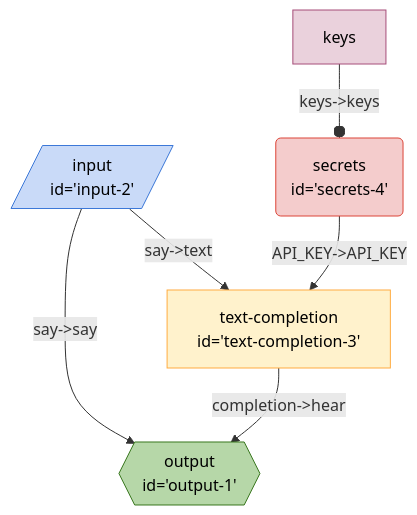
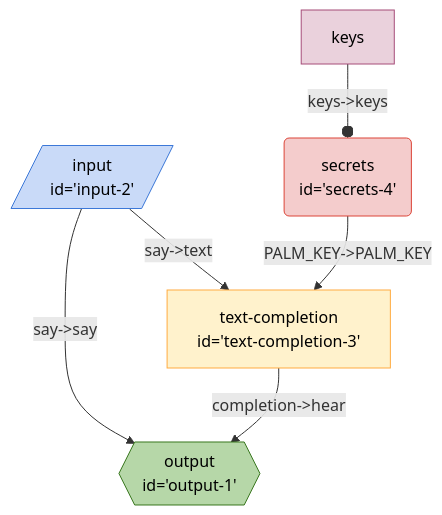
Before and after one commit to breadboard-ai/breadboard: the diagram in seeds/breadboard/docs/tutorial/README.md, drawn with Mermaid. The commit also changed other lines of this file and 72 other files, not shown here.

Commit message:
Rename API_KEY to PALM_KEY. Fixes #72.

````diff
--- a/seeds/breadboard/docs/tutorial/README.md
+++ b/seeds/breadboard/docs/tutorial/README.md
@@ -305,25 +305,25 @@
 ```mermaid
 %%{init: 'themeVariables': { 'fontFamily': 'Fira Code, monospace' }}%%
 graph TD;
 input2[/"input
 id='input-2'"/]:::input -- "say->say" --> output1{{"output
 id='output-1'"}}:::output
 textcompletion3["text-completion
 id='text-completion-3'"] -- "completion->hear" --> output1{{"output
 id='output-1'"}}:::output
 secrets4("secrets
-id='secrets-4'"):::secrets -- "API_KEY->API_KEY" --> textcompletion3["text-completion
+id='secrets-4'"):::secrets -- "PALM_KEY->PALM_KEY" --> textcompletion3["text-completion
 id='text-completion-3'"]
 input2[/"input
 id='input-2'"/]:::input -- "say->text" --> textcompletion3["text-completion
 id='text-completion-3'"]
 keyssecrets4[keys]:::config -- "keys->keys" --o secrets4
 classDef default stroke:#ffab40,fill:#fff2ccff,color:#000
 classDef input stroke:#3c78d8,fill:#c9daf8ff,color:#000
 classDef output stroke:#38761d,fill:#b6d7a8ff,color:#000
 classDef passthrough stroke:#a64d79,fill:#ead1dcff,color:#000
 classDef slot stroke:#a64d79,fill:#ead1dcff,color:#000
 classDef config stroke:#a64d79,fill:#ead1dcff,color:#000
 classDef secrets stroke:#db4437,fill:#f4cccc,color:#000
 classDef slotted stroke:#a64d79
 ```
````
